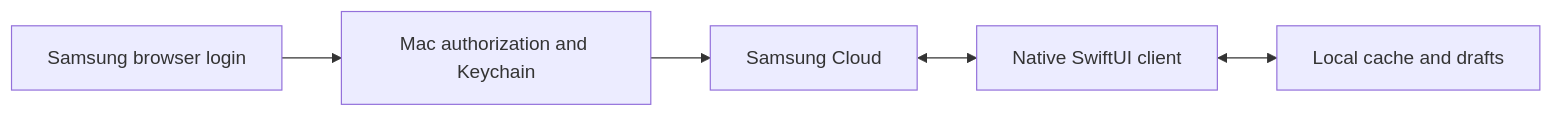
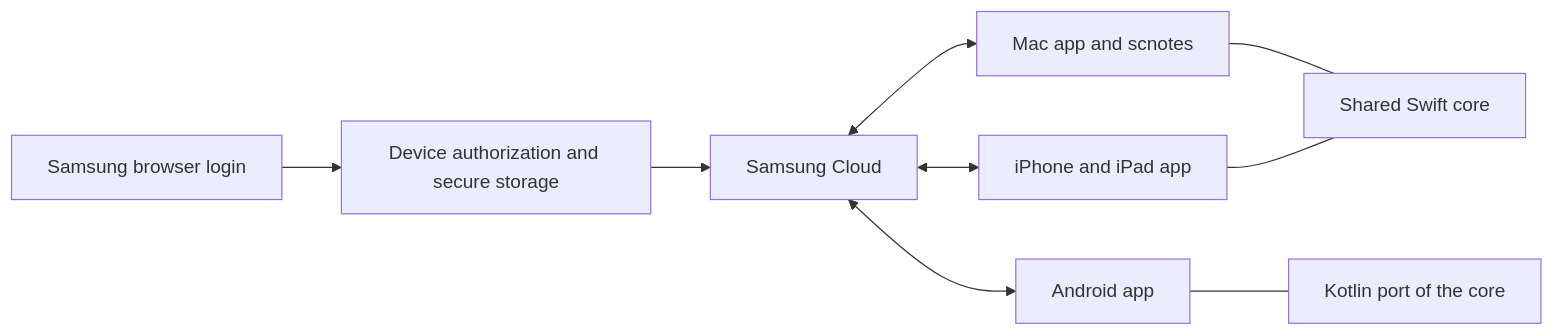
The diagram in README.md (Clascheurduturfu/samsung-cloud-notes), drawn with Mermaid before and after one commit. The commit also changed other lines of this file and 61 other files, not shown here.

First line of the commit message:
Release Samsung Cloud Notes 1.1.0

````diff
--- a/README.md
+++ b/README.md
@@ -108,7 +145,10 @@
 ```mermaid
 flowchart LR
-    Browser[Samsung browser login] --> Auth[Mac authorization and Keychain]
+    Browser[Samsung browser login] --> Auth[Device authorization and secure storage]
     Auth --> Cloud[Samsung Cloud]
-    Cloud <--> App[Native SwiftUI client]
-    App <--> Local[Local cache and drafts]
+    Cloud <--> Mac[Mac app and scnotes]
+    Cloud <--> iOS[iPhone and iPad app]
+    Cloud <--> Android[Android app]
+    Mac & iOS --- Shared[Shared Swift core]
+    Android --- Kotlin[Kotlin port of the core]
 ```
````
